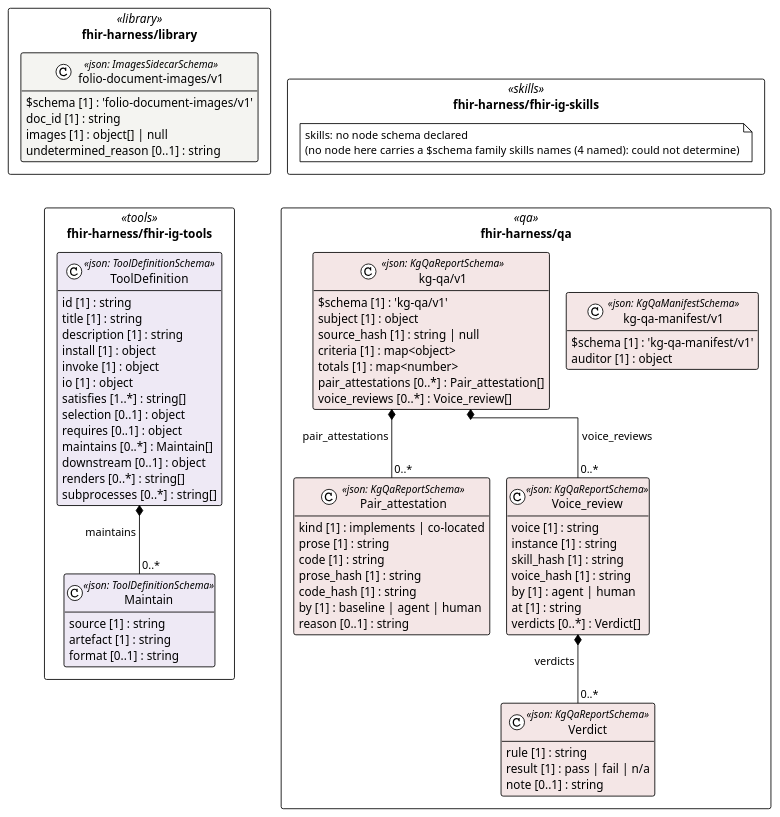
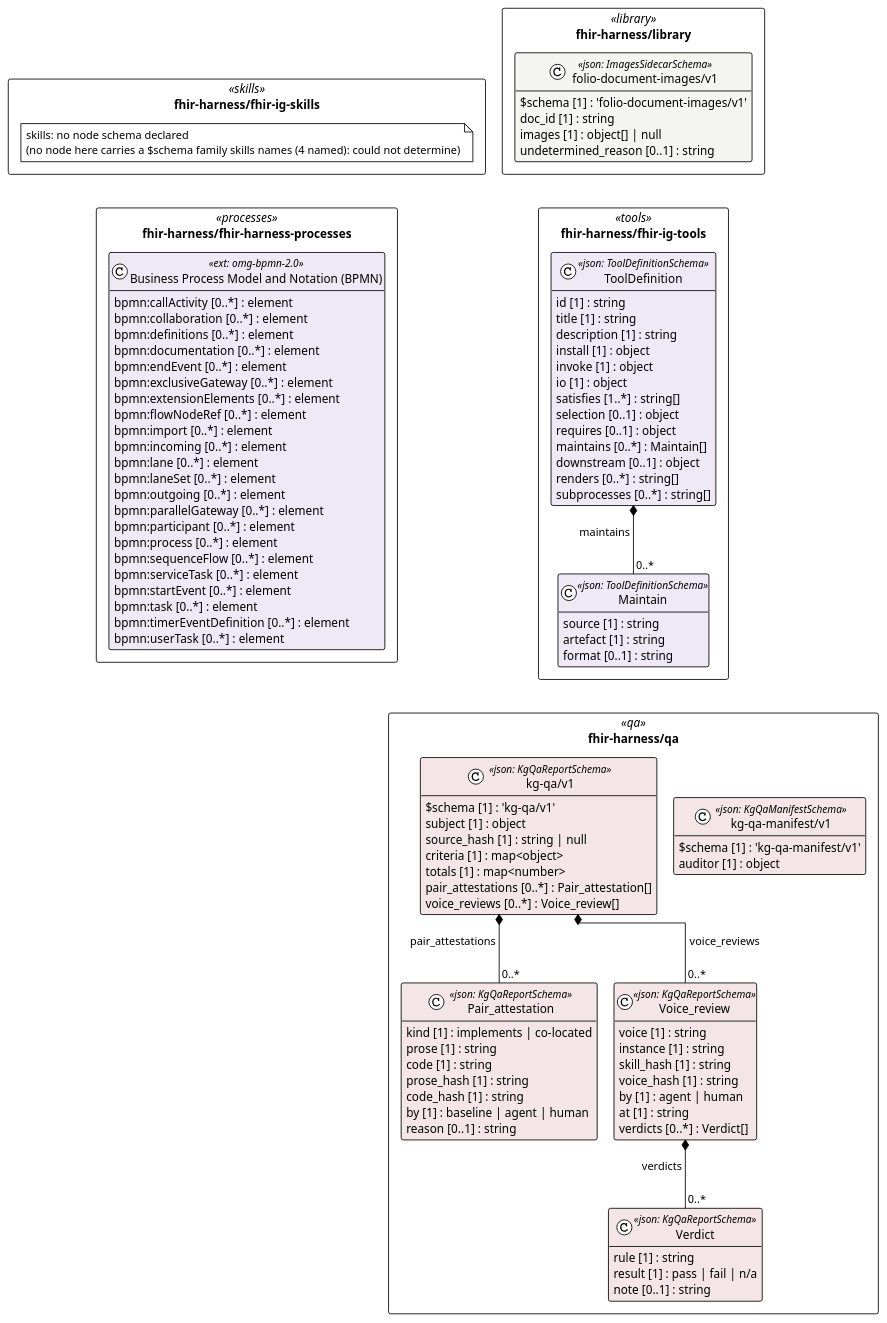
Before and after one commit to litlfred/folio-assistant: the diagram in cat-harness/uml/overview/fhir-harness.puml, drawn with PlantUML. The commit also changed 1271 other files, not shown here.

First line of the commit message:
Placement PR3 (63wl): BPMN/DMN move up to owners; harness processes regroup by concern

```diff
--- a/cat-harness/uml/overview/fhir-harness.puml
+++ b/cat-harness/uml/overview/fhir-harness.puml
@@ -3,88 +3,115 @@
 @startuml fhir_harness
 !pragma layout elk
 !theme plain
 skinparam classAttributeIconSize 0
 skinparam shadowing false
 skinparam packageStyle rectangle
 hide empty methods
 
 package "fhir-harness/library" as pkg_fhir_harness_library <<library>> {
   class "folio-document-images/v1" as fhir_harness_library_folio_document_images_v1_folio_document_images_v1 <<json: ImagesSidecarSchema>> #f4f4f1 {
     $schema [1] : 'folio-document-images/v1'
     doc_id [1] : string
     images [1] : object[] | null
     undetermined_reason [0..1] : string
   }
 }
 package "fhir-harness/fhir-ig-skills" as pkg_fhir_harness_fhir_ig_skills <<skills>> {
   note "skills: no node schema declared\n(no node here carries a $schema family skills names (4 named): could not determine)" as n_fhir_harness_fhir_ig_skills_skills
 }
 package "fhir-harness/fhir-ig-tools" as pkg_fhir_harness_fhir_ig_tools <<tools>> {
   class "Maintain" as fhir_harness_fhir_ig_tools_Maintain <<json: ToolDefinitionSchema>> #eee9f5 {
     source [1] : string
     artefact [1] : string
     format [0..1] : string
   }
   class "ToolDefinition" as fhir_harness_fhir_ig_tools_ToolDefinition <<json: ToolDefinitionSchema>> #eee9f5 {
     id [1] : string
     title [1] : string
     description [1] : string
     install [1] : object
     invoke [1] : object
     io [1] : object
     satisfies [1..*] : string[]
     selection [0..1] : object
     requires [0..1] : object
     maintains [0..*] : Maintain[]
     downstream [0..1] : object
     renders [0..*] : string[]
     subprocesses [0..*] : string[]
+  }
+}
+package "fhir-harness/fhir-harness-processes" as pkg_fhir_harness_fhir_harness_processes <<processes>> {
+  class "Business Process Model and Notation (BPMN)" as fhir_harness_fhir_harness_processes_omg_bpmn_2_0 <<ext: omg-bpmn-2.0>> #eee9f5 {
+    bpmn:callActivity [0..*] : element
+    bpmn:collaboration [0..*] : element
+    bpmn:definitions [0..*] : element
+    bpmn:documentation [0..*] : element
+    bpmn:endEvent [0..*] : element
+    bpmn:exclusiveGateway [0..*] : element
+    bpmn:extensionElements [0..*] : element
+    bpmn:flowNodeRef [0..*] : element
+    bpmn:import [0..*] : element
+    bpmn:incoming [0..*] : element
+    bpmn:lane [0..*] : element
+    bpmn:laneSet [0..*] : element
+    bpmn:outgoing [0..*] : element
+    bpmn:parallelGateway [0..*] : element
+    bpmn:participant [0..*] : element
+    bpmn:process [0..*] : element
+    bpmn:sequenceFlow [0..*] : element
+    bpmn:serviceTask [0..*] : element
+    bpmn:startEvent [0..*] : element
+    bpmn:task [0..*] : element
+    bpmn:timerEventDefinition [0..*] : element
+    bpmn:userTask [0..*] : element
   }
 }
 package "fhir-harness/qa" as pkg_fhir_harness_qa <<qa>> {
   class "Pair_attestation" as fhir_harness_qa_kg_qa_v1_Pair_attestation <<json: KgQaReportSchema>> #f4e6e6 {
     kind [1] : implements | co-located
     prose [1] : string
     code [1] : string
     prose_hash [1] : string
     code_hash [1] : string
     by [1] : baseline | agent | human
     reason [0..1] : string
   }
   class "Verdict" as fhir_harness_qa_kg_qa_v1_Verdict <<json: KgQaReportSchema>> #f4e6e6 {
     rule [1] : string
     result [1] : pass | fail | n/a
     note [0..1] : string
   }
   class "Voice_review" as fhir_harness_qa_kg_qa_v1_Voice_review <<json: KgQaReportSchema>> #f4e6e6 {
     voice [1] : string
     instance [1] : string
     skill_hash [1] : string
     voice_hash [1] : string
     by [1] : agent | human
     at [1] : string
     verdicts [0..*] : Verdict[]
   }
   class "kg-qa/v1" as fhir_harness_qa_kg_qa_v1_kg_qa_v1 <<json: KgQaReportSchema>> #f4e6e6 {
     $schema [1] : 'kg-qa/v1'
     subject [1] : object
     source_hash [1] : string | null
     criteria [1] : map<object>
     totals [1] : map<number>
     pair_attestations [0..*] : Pair_attestation[]
     voice_reviews [0..*] : Voice_review[]
   }
   class "kg-qa-manifest/v1" as fhir_harness_qa_kg_qa_manifest_v1_kg_qa_manifest_v1 <<json: KgQaManifestSchema>> #f4e6e6 {
     $schema [1] : 'kg-qa-manifest/v1'
     auditor [1] : object
   }
 }
 
 fhir_harness_fhir_ig_tools_ToolDefinition *-- "0..*" fhir_harness_fhir_ig_tools_Maintain : maintains
 fhir_harness_qa_kg_qa_v1_kg_qa_v1 *-- "0..*" fhir_harness_qa_kg_qa_v1_Pair_attestation : pair_attestations
 fhir_harness_qa_kg_qa_v1_Voice_review *-- "0..*" fhir_harness_qa_kg_qa_v1_Verdict : verdicts
 fhir_harness_qa_kg_qa_v1_kg_qa_v1 *-- "0..*" fhir_harness_qa_kg_qa_v1_Voice_review : voice_reviews
-' grid: portrait, 2 column(s) — pkg_fhir_harness_library pkg_fhir_harness_fhir_ig_skills pkg_fhir_harness_fhir_ig_tools pkg_fhir_harness_qa
+' grid: portrait, 2 column(s) — pkg_fhir_harness_library pkg_fhir_harness_fhir_ig_skills pkg_fhir_harness_fhir_ig_tools pkg_fhir_harness_fhir_harness_processes pkg_fhir_harness_qa
 pkg_fhir_harness_library -[hidden]down- pkg_fhir_harness_fhir_ig_tools
-pkg_fhir_harness_fhir_ig_skills -[hidden]down- pkg_fhir_harness_qa
+pkg_fhir_harness_fhir_ig_skills -[hidden]down- pkg_fhir_harness_fhir_harness_processes
+pkg_fhir_harness_fhir_ig_tools -[hidden]down- pkg_fhir_harness_qa
 @enduml
```
